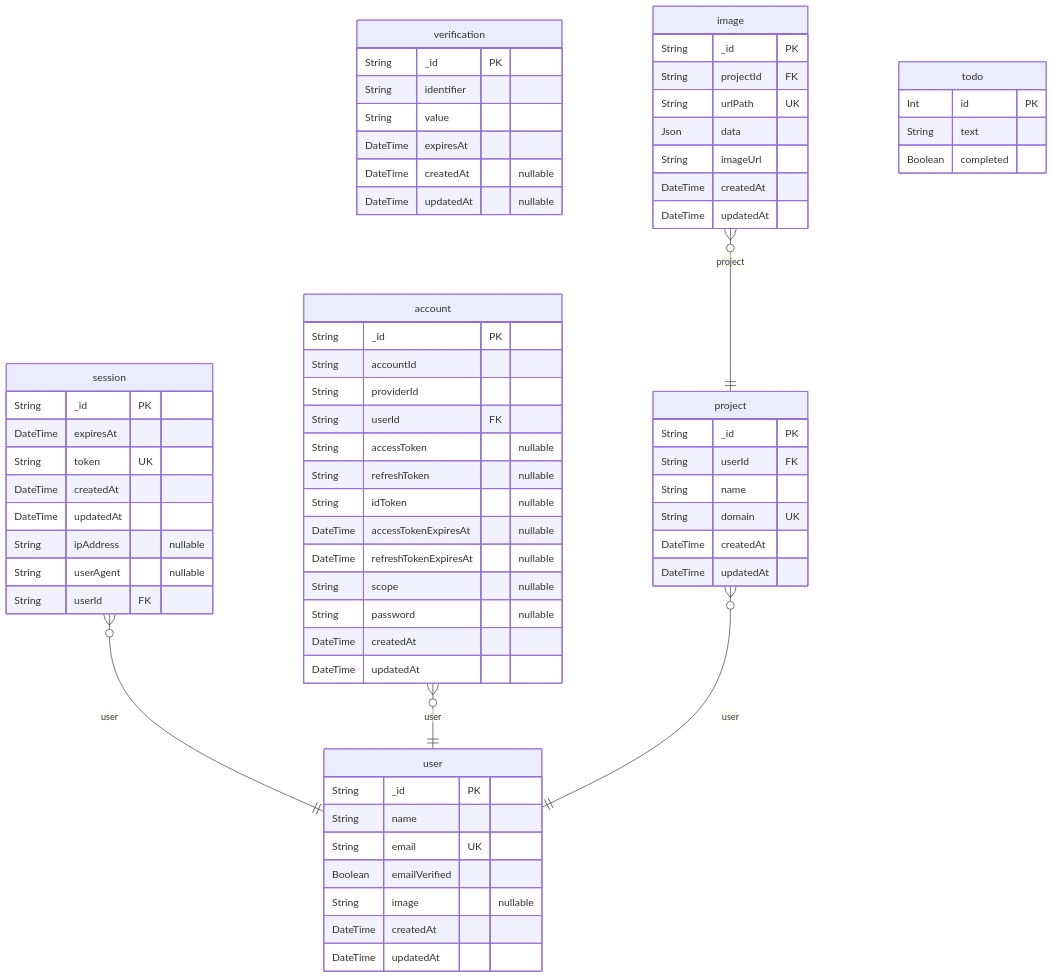
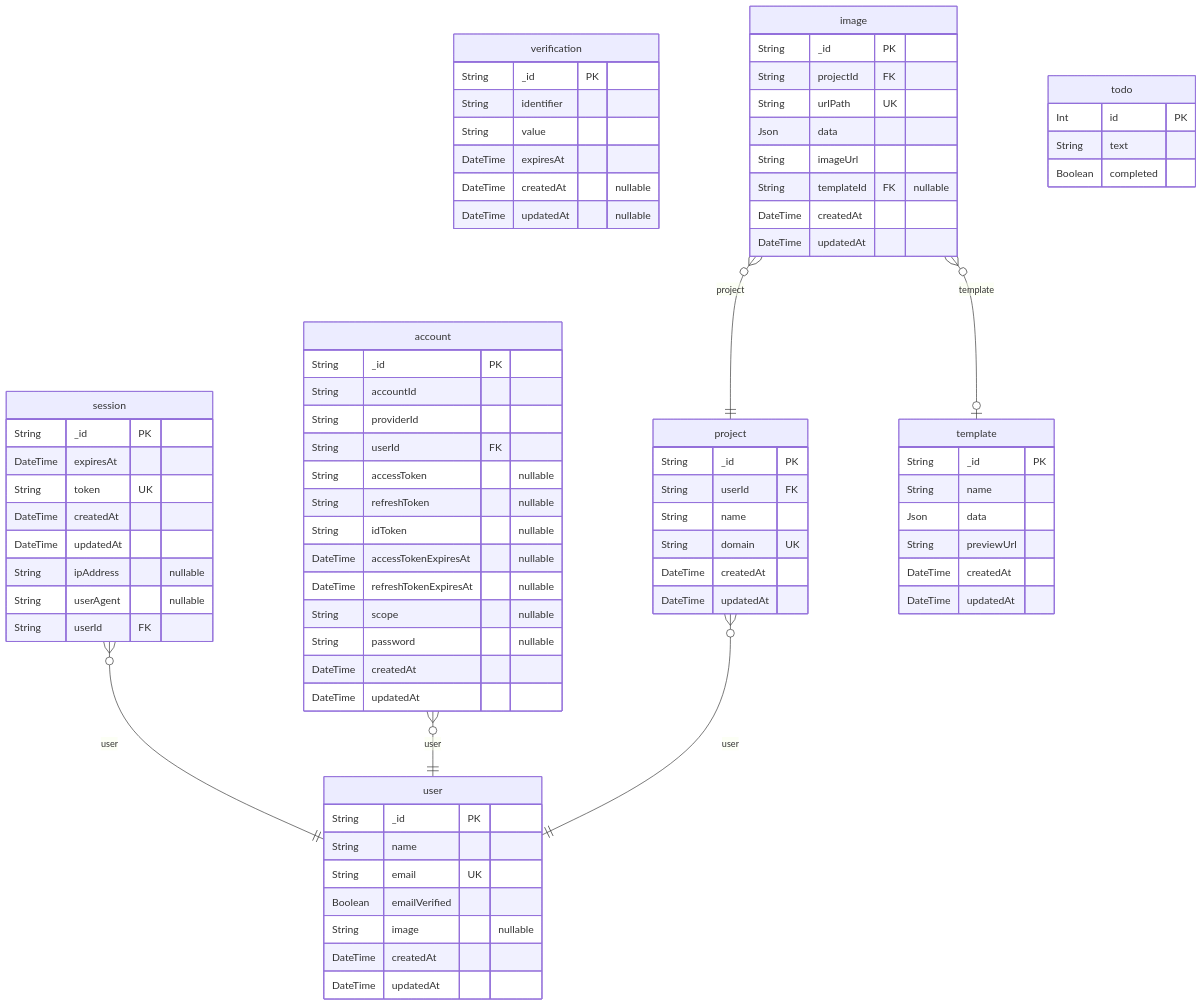
One commit to fyndx/social-image-maker changed the diagram in apps/server/prisma/docs/db.md. Above: the diagram before and after it, drawn with Mermaid. The commit also changed other lines of this file and 1 other file, not shown here.

Commit message:
Add template model and update image relation with onDelete behavior

````diff
--- a/apps/server/prisma/docs/db.md
+++ b/apps/server/prisma/docs/db.md
@@ -9,71 +9,81 @@
 ```mermaid
 erDiagram
 "user" {
   String _id PK
   String name
   String email UK
   Boolean emailVerified
   String image "nullable"
   DateTime createdAt
   DateTime updatedAt
 }
 "session" {
   String _id PK
   DateTime expiresAt
   String token UK
   DateTime createdAt
   DateTime updatedAt
   String ipAddress "nullable"
   String userAgent "nullable"
   String userId FK
 }
 "account" {
   String _id PK
   String accountId
   String providerId
   String userId FK
   String accessToken "nullable"
   String refreshToken "nullable"
   String idToken "nullable"
   DateTime accessTokenExpiresAt "nullable"
   DateTime refreshTokenExpiresAt "nullable"
   String scope "nullable"
   String password "nullable"
   DateTime createdAt
   DateTime updatedAt
 }
 "verification" {
   String _id PK
   String identifier
   String value
   DateTime expiresAt
   DateTime createdAt "nullable"
   DateTime updatedAt "nullable"
 }
 "project" {
   String _id PK
   String userId FK
   String name
   String domain UK
   DateTime createdAt
   DateTime updatedAt
 }
+"template" {
+  String _id PK
+  String name
+  Json data
+  String previewUrl
+  DateTime createdAt
+  DateTime updatedAt
+}
 "image" {
   String _id PK
   String projectId FK
   String urlPath UK
   Json data
   String imageUrl
+  String templateId FK "nullable"
   DateTime createdAt
   DateTime updatedAt
 }
 "todo" {
   Int id PK
   String text
   Boolean completed
 }
 "session" }o--|| "user" : user
 "account" }o--|| "user" : user
 "project" }o--|| "user" : user
 "image" }o--|| "project" : project
+"image" }o--o| "template" : template
 ```
````
